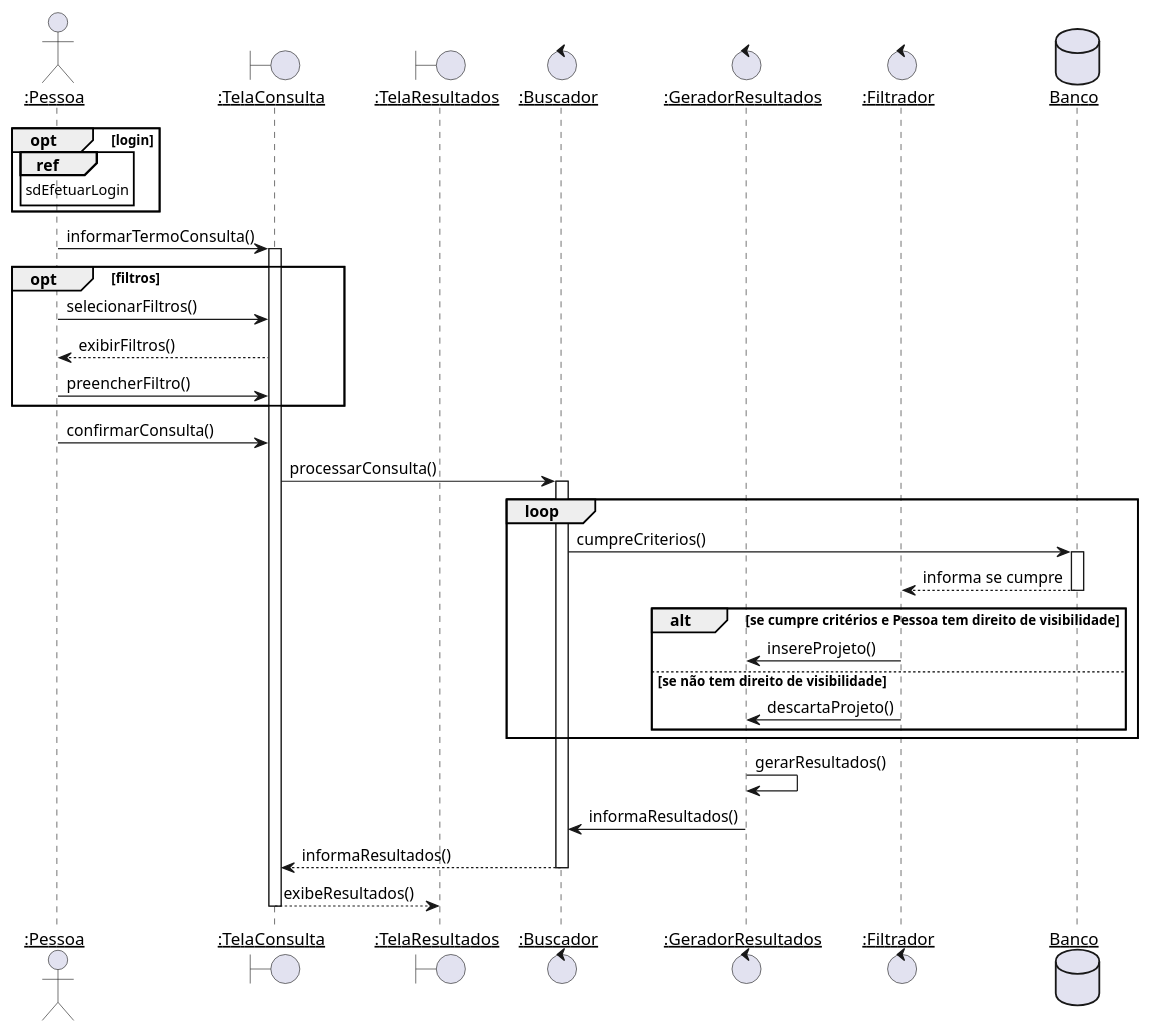
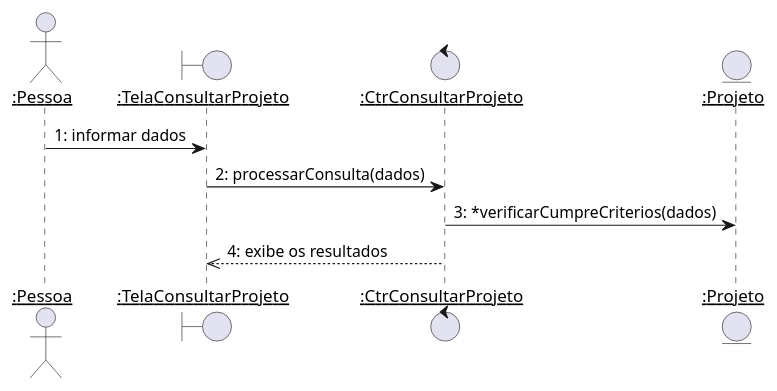
Before and after one commit to Pedro-V/projetorium: the diagram in diagramas/sequencia/consultar_projeto.puml, drawn with PlantUML. The commit also changed 16 other files, not shown here.

```diff
--- a/diagramas/sequencia/consultar_projeto.puml
+++ b/diagramas/sequencia/consultar_projeto.puml
@@ -1,39 +1,13 @@
 @startuml
 skinparam sequenceParticipant underline
 
 actor ":Pessoa" as Pessoa
-boundary ":TelaConsulta" as TelaConsulta
-boundary ":TelaResultados" as TelaResultados
-control ":Buscador" as Buscador
-control ":GeradorResultados" as GeradorResultados
-control ":Filtrador" as Filtrador
-database Banco
+boundary ":TelaConsultarProjeto" as TelaConsultarProjeto
+control ":CtrConsultarProjeto" as CtrConsultarProjeto
+entity ":Projeto" as Projeto
 
-opt login
-ref over Pessoa : sdEfetuarLogin
-end
-Pessoa -> TelaConsulta ++: informarTermoConsulta()
-opt filtros
-    Pessoa -> TelaConsulta : selecionarFiltros()
-    TelaConsulta --> Pessoa : exibirFiltros()
-    Pessoa -> TelaConsulta : preencherFiltro()
-end
-Pessoa -> TelaConsulta : confirmarConsulta()
-
-TelaConsulta -> Buscador ++: processarConsulta()
-
-loop
-    Buscador -> Banco  ++: cumpreCriterios()
-    Banco --> Filtrador --: informa se cumpre
-    alt se cumpre critérios e Pessoa tem direito de visibilidade
-        Filtrador -> GeradorResultados : insereProjeto()
-    else se não tem direito de visibilidade
-        Filtrador -> GeradorResultados : descartaProjeto()
-    end
-end
-
-GeradorResultados -> GeradorResultados : gerarResultados()
-GeradorResultados -> Buscador : informaResultados()
-Buscador --> TelaConsulta --: informaResultados()
-TelaConsulta --> TelaResultados --: exibeResultados()
+Pessoa -> TelaConsultarProjeto : 1: informar dados
+TelaConsultarProjeto -> CtrConsultarProjeto : 2: processarConsulta(dados)
+CtrConsultarProjeto -> Projeto : 3: *verificarCumpreCriterios(dados)
+TelaConsultarProjeto <<-- CtrConsultarProjeto : 4: exibe os resultados
 @enduml
```
